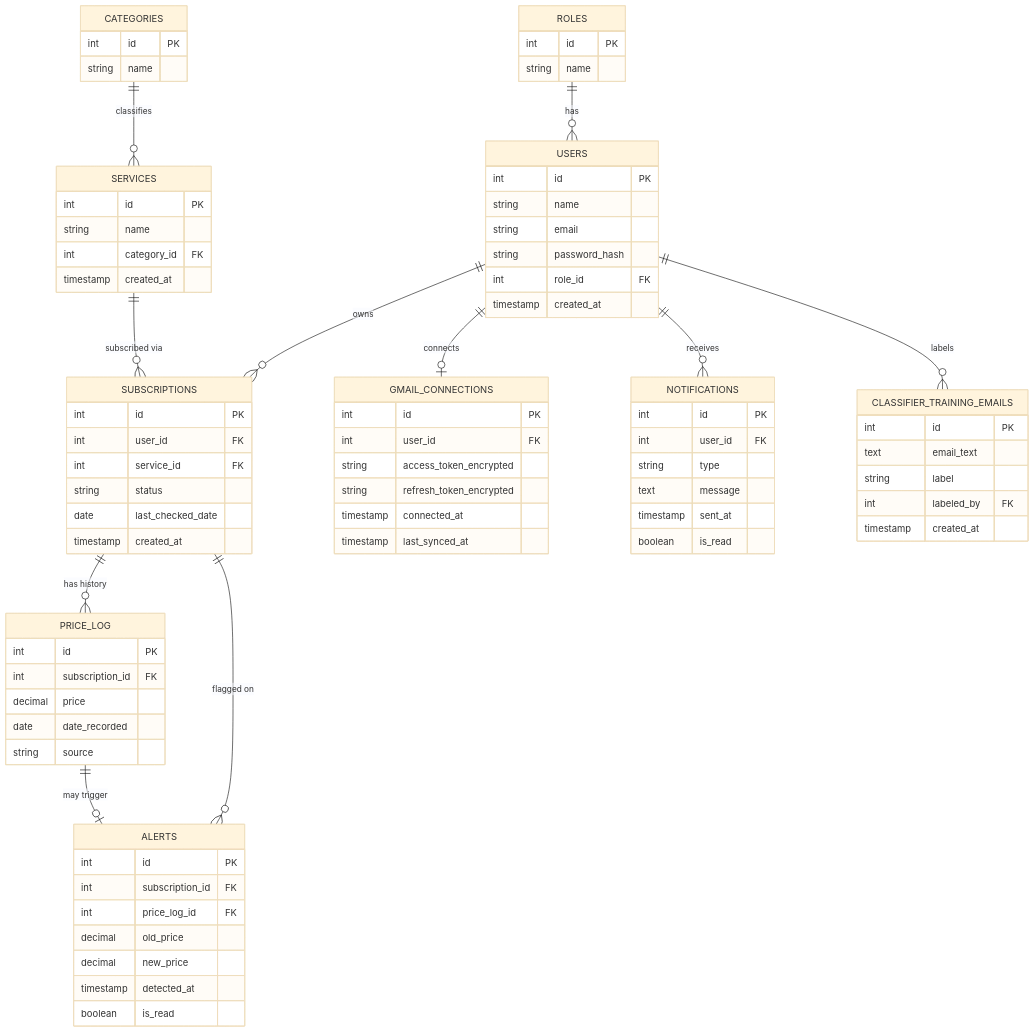
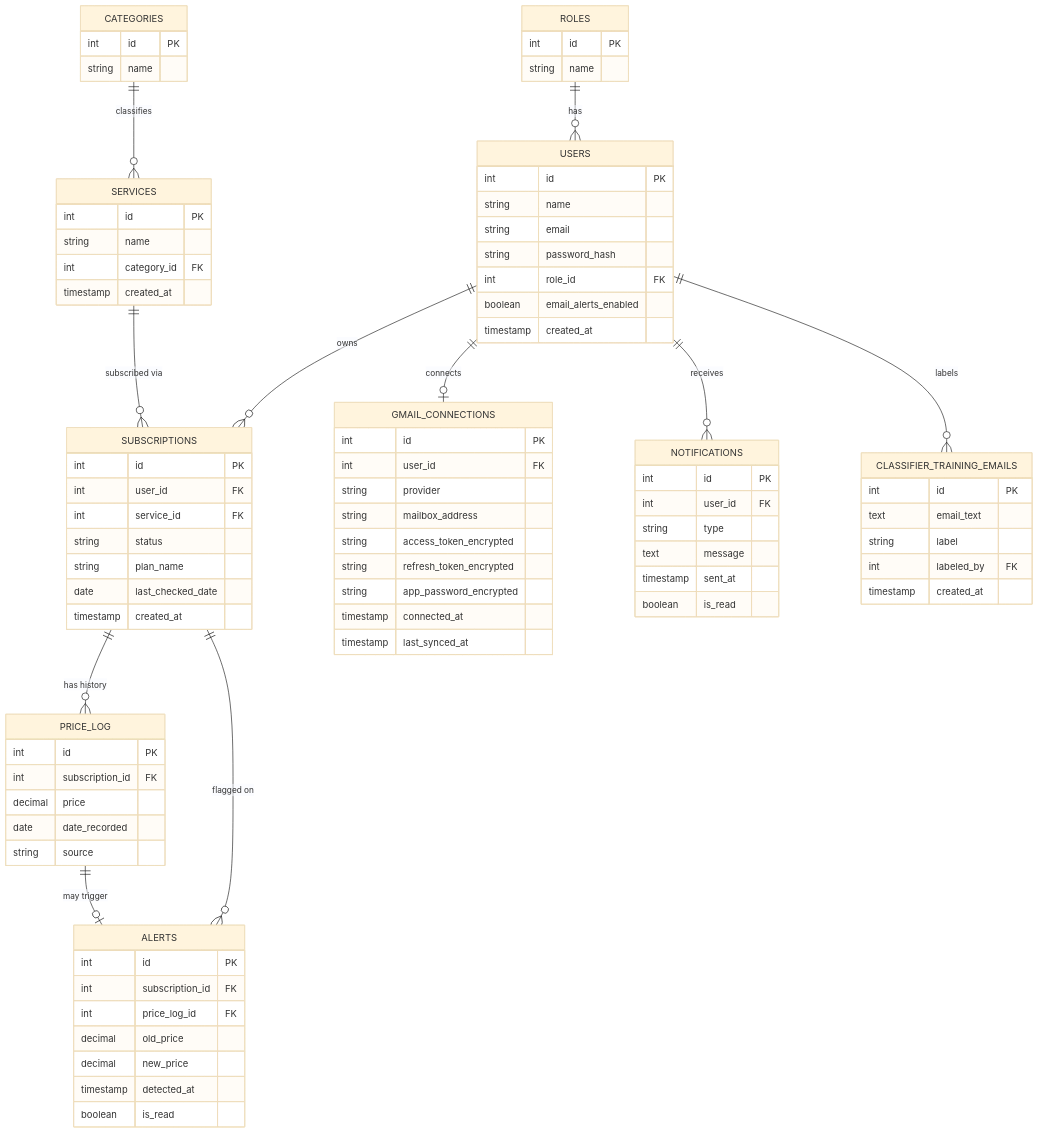
One commit to sharma-sudh/subshift changed the diagram in docs/SubShift_Relational_Schema.md. Above: the diagram before and after it, drawn with Mermaid (base theme). The commit also changed other lines of this file and 22 other files, not shown here.

```diff
--- a/docs/SubShift_Relational_Schema.md
+++ b/docs/SubShift_Relational_Schema.md
@@ -29,6 +29,7 @@
         string email
         string password_hash
         int role_id FK
+        boolean email_alerts_enabled
         timestamp created_at
     }
 
@@ -47,8 +48,11 @@
     GMAIL_CONNECTIONS {
         int id PK
         int user_id FK
+        string provider
+        string mailbox_address
         string access_token_encrypted
         string refresh_token_encrypted
+        string app_password_encrypted
         timestamp connected_at
         timestamp last_synced_at
     }
@@ -58,6 +62,7 @@
         int user_id FK
         int service_id FK
         string status
+        string plan_name
         date last_checked_date
         timestamp created_at
     }
```
